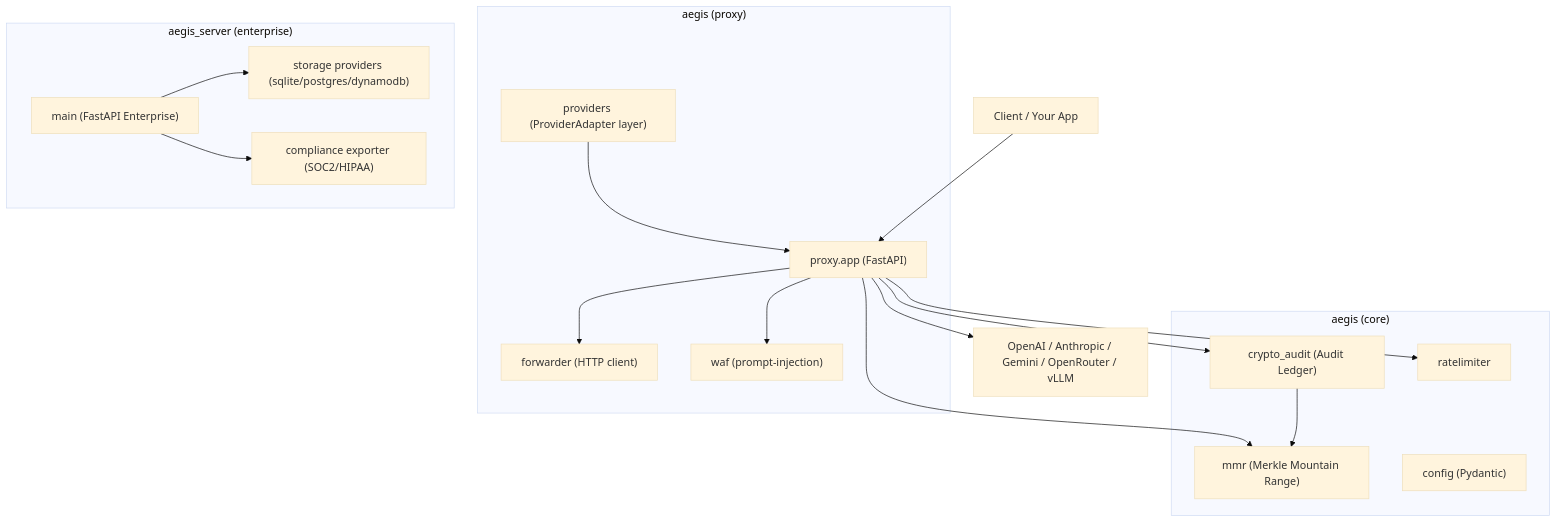
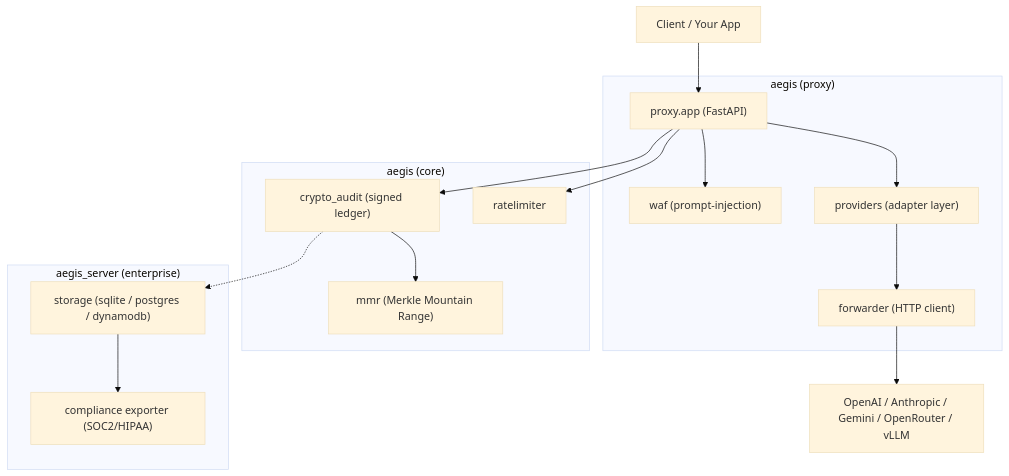
Before and after one commit to block-stacker/aegis-latent-core: the second of 2 diagrams in README.md, drawn with Mermaid (base theme). The commit also changed other lines of this file and 10 other files, not shown here.

````diff
--- a/README.md
+++ b/README.md
@@ -235,34 +168,25 @@
 ```mermaid
 flowchart TB
-  subgraph ProxyLayer["aegis (proxy)"]
-    Providers["providers (ProviderAdapter layer)"]
+  Client["Client / Your App"] --> ProxyApp
+  subgraph Proxy["aegis (proxy)"]
     ProxyApp["proxy.app (FastAPI)"]
+    WAF["waf (prompt-injection)"]
+    Providers["providers (adapter layer)"]
     Forwarder["forwarder (HTTP client)"]
-    WAF["waf (prompt-injection)"]
-    Providers --> ProxyApp
-    ProxyApp --> Forwarder
     ProxyApp --> WAF
+    ProxyApp --> Providers --> Forwarder
   end
-
   subgraph Core["aegis (core)"]
+    Crypto["crypto_audit (signed ledger)"]
     MMR["mmr (Merkle Mountain Range)"]
-    Crypto["crypto_audit (Audit Ledger)"]
     Rate["ratelimiter"]
-    Config["config (Pydantic)"]
-    ProxyApp --> Crypto
-    ProxyApp --> MMR
+    ProxyApp --> Crypto --> MMR
     ProxyApp --> Rate
-    Crypto --> MMR
   end
-
   subgraph Enterprise["aegis_server (enterprise)"]
-    Main["main (FastAPI Enterprise)"]
-    Storage["storage providers (sqlite/postgres/dynamodb)"]
+    Storage["storage (sqlite / postgres / dynamodb)"]
     Compliance["compliance exporter (SOC2/HIPAA)"]
-    Main --> Storage
-    Main --> Compliance
   end
-
-  Client["Client / Your App"] --> ProxyApp
-  ProxyApp --> Upstream["OpenAI / Anthropic / Gemini / OpenRouter / vLLM"]
+  Forwarder --> Upstream["OpenAI / Anthropic / Gemini / OpenRouter / vLLM"]
+  Crypto -.-> Storage --> Compliance
 ```
````
